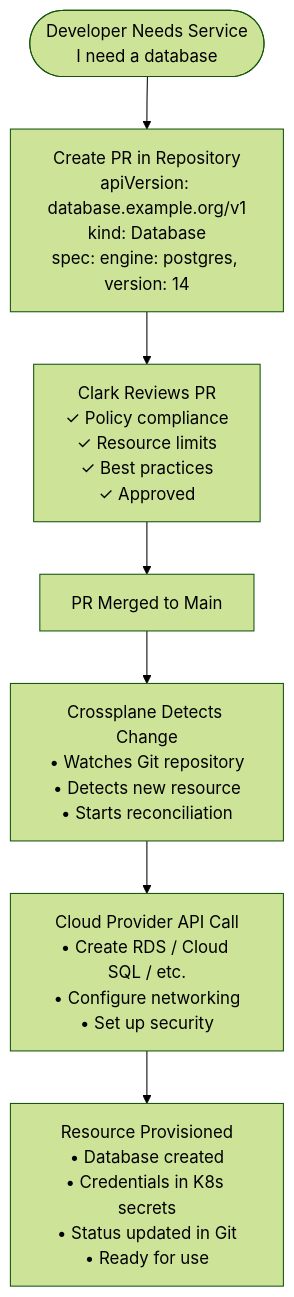
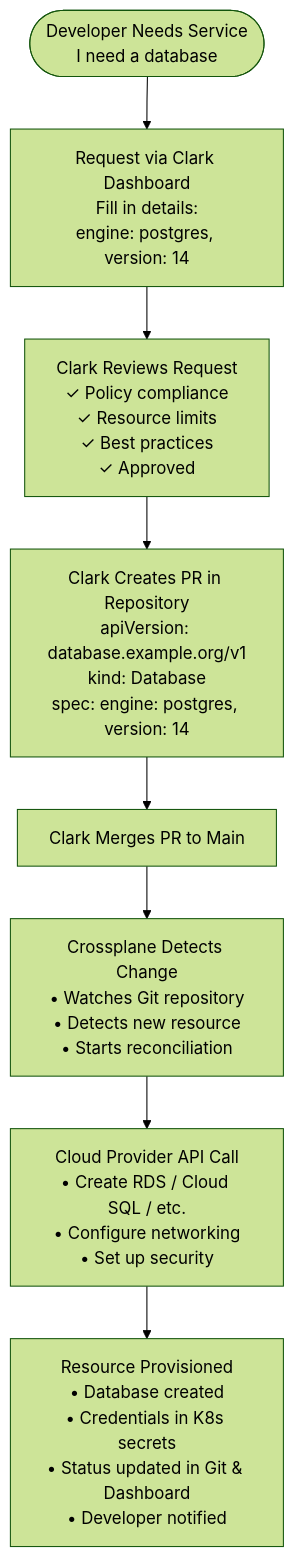
Before and after one commit to corpobit/clark-platform-operating-model: the fifth of 9 diagrams in ARCHITECTURE-DIAGRAMS.md, drawn with Mermaid (forest theme). The commit also changed other lines of this file and 4 other files, not shown here.

First line of the commit message:
Update workflow to use Clark dashboard instead of direct PRs

````diff
--- a/ARCHITECTURE-DIAGRAMS.md
+++ b/ARCHITECTURE-DIAGRAMS.md
@@ -110,9 +113,10 @@
 ```mermaid
 flowchart TD
-    Start([Developer Needs Service<br/>I need a database]) --> CreatePR[Create PR in Repository<br/>apiVersion: database.example.org/v1<br/>kind: Database<br/>spec: engine: postgres, version: 14]
-    CreatePR --> Review[Clark Reviews PR<br/>✓ Policy compliance<br/>✓ Resource limits<br/>✓ Best practices<br/>✓ Approved]
-    Review --> Merge[PR Merged to Main]
+    Start([Developer Needs Service<br/>I need a database]) --> Request[Request via Clark Dashboard<br/>Fill in details:<br/>engine: postgres, version: 14]
+    Request --> Review[Clark Reviews Request<br/>✓ Policy compliance<br/>✓ Resource limits<br/>✓ Best practices<br/>✓ Approved]
+    Review --> CreatePR[Clark Creates PR in Repository<br/>apiVersion: database.example.org/v1<br/>kind: Database<br/>spec: engine: postgres, version: 14]
+    CreatePR --> Merge[Clark Merges PR to Main]
     Merge --> Detect[Crossplane Detects Change<br/>• Watches Git repository<br/>• Detects new resource<br/>• Starts reconciliation]
     Detect --> API[Cloud Provider API Call<br/>• Create RDS / Cloud SQL / etc.<br/>• Configure networking<br/>• Set up security]
-    API --> Provisioned[Resource Provisioned<br/>• Database created<br/>• Credentials in K8s secrets<br/>• Status updated in Git<br/>• Ready for use]
+    API --> Provisioned[Resource Provisioned<br/>• Database created<br/>• Credentials in K8s secrets<br/>• Status updated in Git & Dashboard<br/>• Developer notified]
 ```
````
